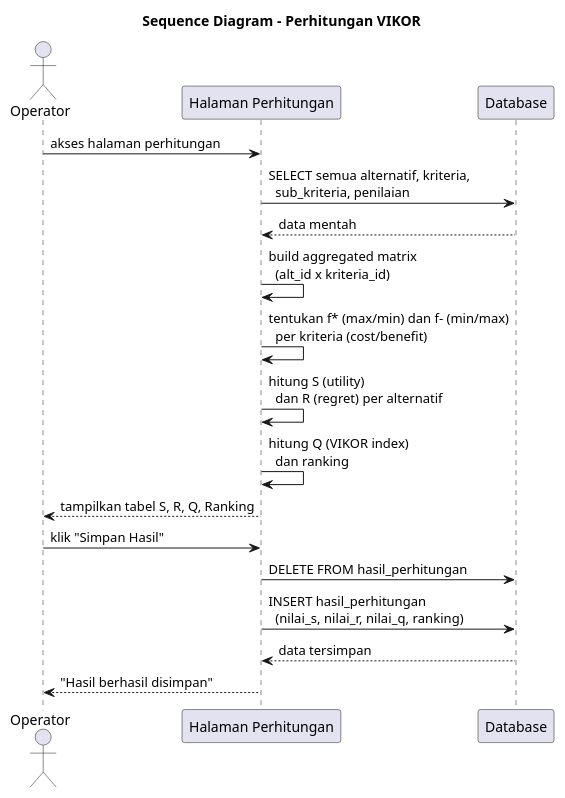
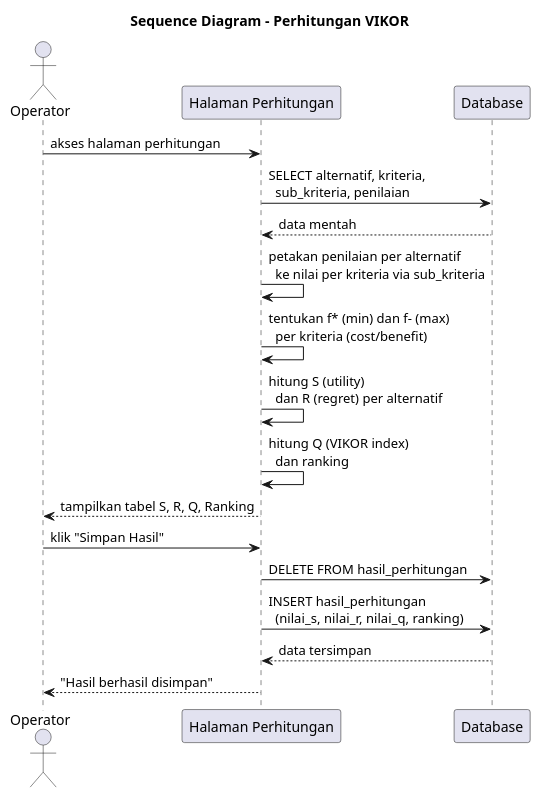
Before and after one commit to jimmywiraarbaa/spk-vikor-bansos: the diagram in docs/uml/sequence-perhitungan-vikor.puml, drawn with PlantUML. The commit also changed 5 other files, not shown here.

Commit message:
refactor: update UML diagrams to remove references to Skala Penilaian and adjust related logic

```diff
--- a/docs/uml/sequence-perhitungan-vikor.puml
+++ b/docs/uml/sequence-perhitungan-vikor.puml
@@ -1,21 +1,21 @@
 @startuml
 title Sequence Diagram - Perhitungan VIKOR
 
 actor "Operator" as operator
 participant "Halaman Perhitungan" as page
 participant "Database" as db
 
 operator -> page : akses halaman perhitungan
-page -> db : SELECT semua alternatif, kriteria,\n  sub_kriteria, penilaian
+page -> db : SELECT alternatif, kriteria,\n  sub_kriteria, penilaian
 db --> page : data mentah
-page -> page : build aggregated matrix\n  (alt_id x kriteria_id)
-page -> page : tentukan f* (max/min) dan f- (min/max)\n  per kriteria (cost/benefit)
+page -> page : petakan penilaian per alternatif\n  ke nilai per kriteria via sub_kriteria
+page -> page : tentukan f* (min) dan f- (max)\n  per kriteria (cost/benefit)
 page -> page : hitung S (utility)\n  dan R (regret) per alternatif
 page -> page : hitung Q (VIKOR index)\n  dan ranking
 page --> operator : tampilkan tabel S, R, Q, Ranking
 operator -> page : klik "Simpan Hasil"
 page -> db : DELETE FROM hasil_perhitungan
 page -> db : INSERT hasil_perhitungan\n  (nilai_s, nilai_r, nilai_q, ranking)
 db --> page : data tersimpan
 page --> operator : "Hasil berhasil disimpan"
 @enduml
```
